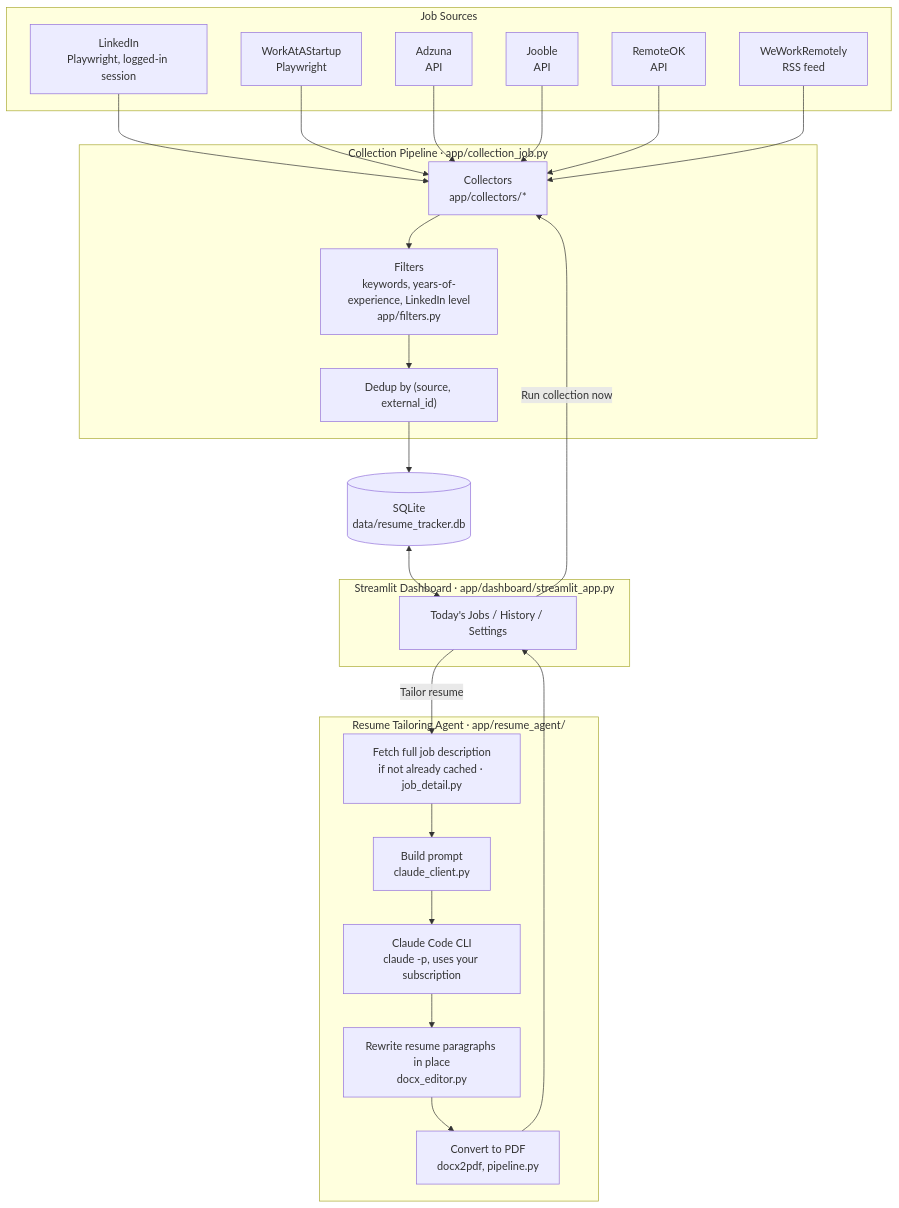
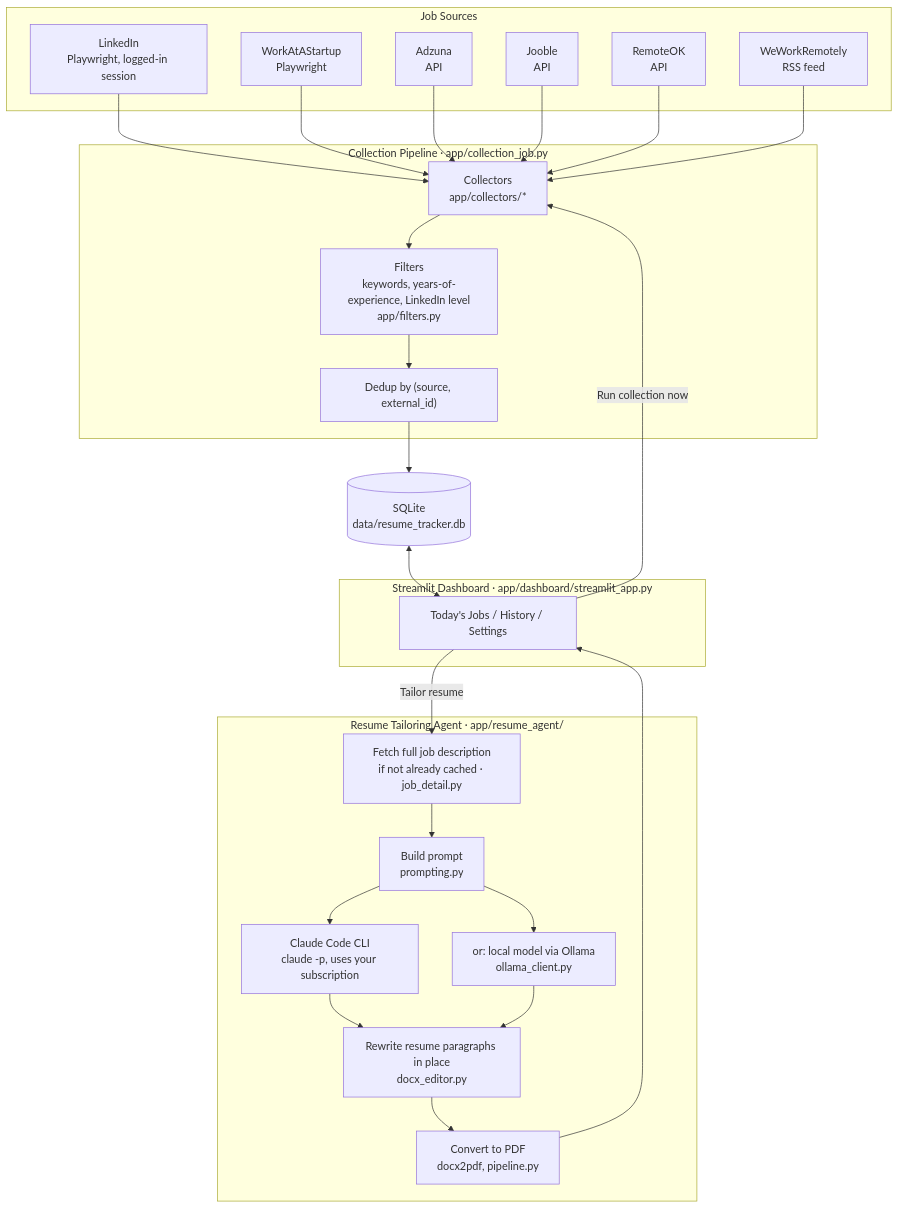
Before and after one commit to ranjan162003/resume_tracker: the diagram in README.md, drawn with Mermaid. The commit also changed other lines of this file and 7 other files, not shown here.

First line of the commit message:
feat: add local Ollama backend as alternative to Claude Code for resume tailoring

````diff
--- a/README.md
+++ b/README.md
@@ -35,44 +35,48 @@
 ```mermaid
 flowchart TD
     subgraph Sources["Job Sources"]
         LI["LinkedIn<br/>Playwright, logged-in session"]
         WAS["WorkAtAStartup<br/>Playwright"]
         AD["Adzuna<br/>API"]
         JB["Jooble<br/>API"]
         RO["RemoteOK<br/>API"]
         WWR["WeWorkRemotely<br/>RSS feed"]
     end
 
     subgraph Pipeline["Collection Pipeline · app/collection_job.py"]
         COL["Collectors<br/>app/collectors/*"]
         FIL["Filters<br/>keywords, years-of-experience, LinkedIn level<br/>app/filters.py"]
         DEDUP["Dedup by (source, external_id)"]
     end
 
     DB[("SQLite<br/>data/resume_tracker.db")]
 
     LI --> COL
     WAS --> COL
     AD --> COL
     JB --> COL
     RO --> COL
     WWR --> COL
     COL --> FIL --> DEDUP --> DB
 
     subgraph UI["Streamlit Dashboard · app/dashboard/streamlit_app.py"]
         DASH["Today's Jobs / History / Settings"]
     end
 
     DB <--> DASH
     DASH -- "Run collection now" --> COL
 
     subgraph Agent["Resume Tailoring Agent · app/resume_agent/"]
         JD["Fetch full job description<br/>if not already cached · job_detail.py"]
-        PROMPT["Build prompt<br/>claude_client.py"]
+        PROMPT["Build prompt<br/>prompting.py"]
         CLAUDE["Claude Code CLI<br/>claude -p, uses your subscription"]
+        OLLAMA["or: local model via Ollama<br/>ollama_client.py"]
         DOCX["Rewrite resume paragraphs in place<br/>docx_editor.py"]
         PDF["Convert to PDF<br/>docx2pdf, pipeline.py"]
     end
 
-    DASH -- "Tailor resume" --> JD --> PROMPT --> CLAUDE --> DOCX --> PDF --> DASH
+    DASH -- "Tailor resume" --> JD --> PROMPT
+    PROMPT --> CLAUDE --> DOCX
+    PROMPT --> OLLAMA --> DOCX
+    DOCX --> PDF --> DASH
 ```
````
